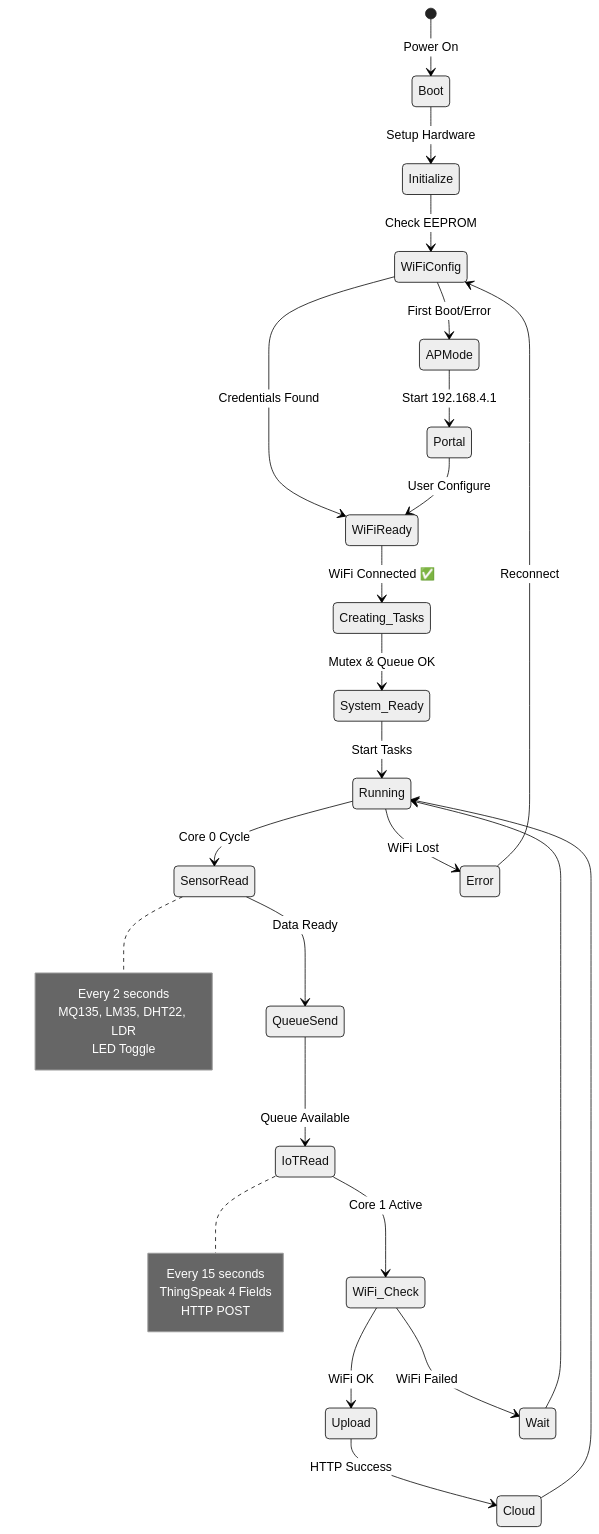
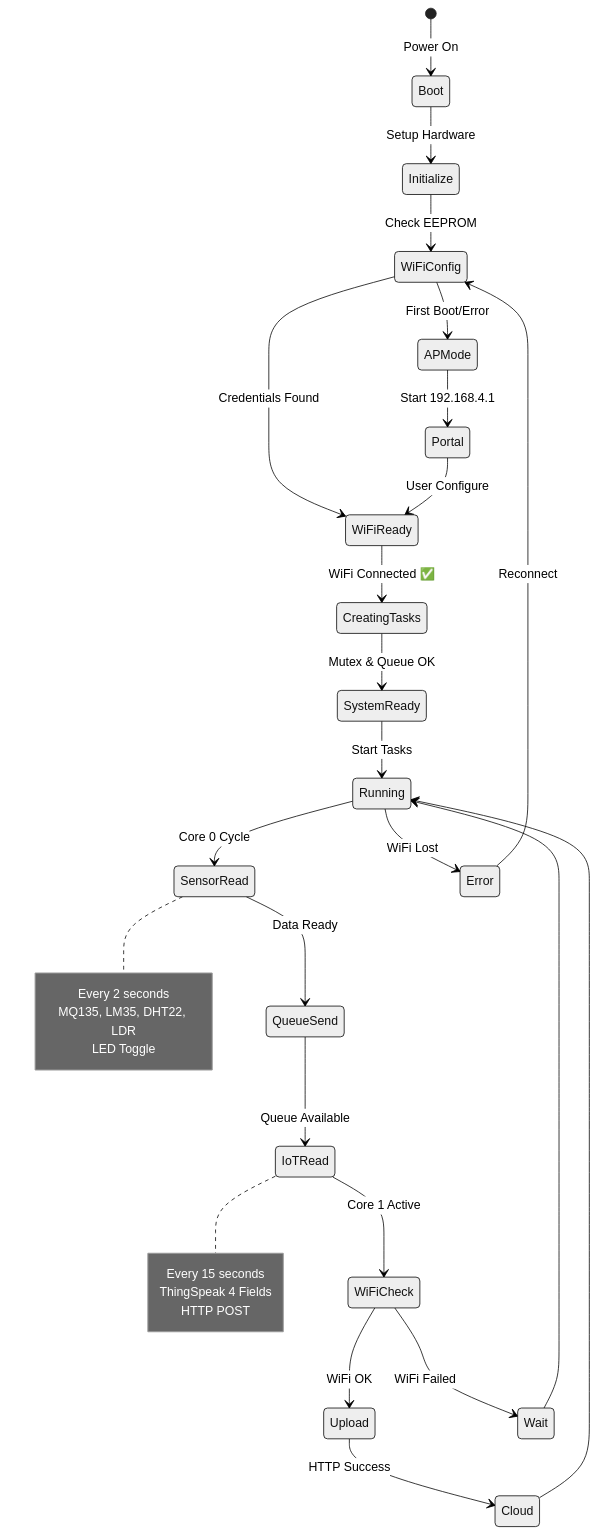
The tenth of 25 diagrams in README.md (ficrammanifur/ESP32-RTOS-Environmental-Monitor), drawn with Mermaid (neutral theme) before and after one commit. The commit also changed other lines of this file, not shown here.

````diff
--- a/README.md
+++ b/README.md
@@ -483,44 +502,44 @@
 ```mermaid
 stateDiagram-v2
     [*] --> Boot: Power On
     Boot --> Initialize: Setup Hardware
     Initialize --> WiFiConfig: Check EEPROM
     
     WiFiConfig --> WiFiReady: Credentials Found
     WiFiConfig --> APMode: First Boot/Error
     
     APMode --> Portal: Start 192.168.4.1
     Portal --> WiFiReady: User Configure
     
-    WiFiReady --> Creating_Tasks: WiFi Connected ✅
-    Creating_Tasks --> System_Ready: Mutex & Queue OK
+    WiFiReady --> CreatingTasks: WiFi Connected ✅
+    CreatingTasks --> SystemReady: Mutex & Queue OK
     
-    System_Ready --> Running: Start Tasks
+    SystemReady --> Running: Start Tasks
     
     Running --> SensorRead: Core 0 Cycle
     SensorRead --> QueueSend: Data Ready
     QueueSend --> IoTRead: Queue Available
     
-    IoTRead --> WiFi_Check: Core 1 Active
-    WiFi_Check --> Upload: WiFi OK
-    WiFi_Check --> Wait: WiFi Failed
+    IoTRead --> WiFiCheck: Core 1 Active
+    WiFiCheck --> Upload: WiFi OK
+    WiFiCheck --> Wait: WiFi Failed
     
     Upload --> Cloud: HTTP Success
     Cloud --> Running
     Wait --> Running
     
     Running --> Error: WiFi Lost
     Error --> WiFiConfig: Reconnect
     
     note right of SensorRead
         Every 2 seconds
         MQ135, LM35, DHT22, LDR
         LED Toggle
     end note
     
     note right of IoTRead
         Every 15 seconds
         ThingSpeak 4 Fields
         HTTP POST
     end note
 ```
````
